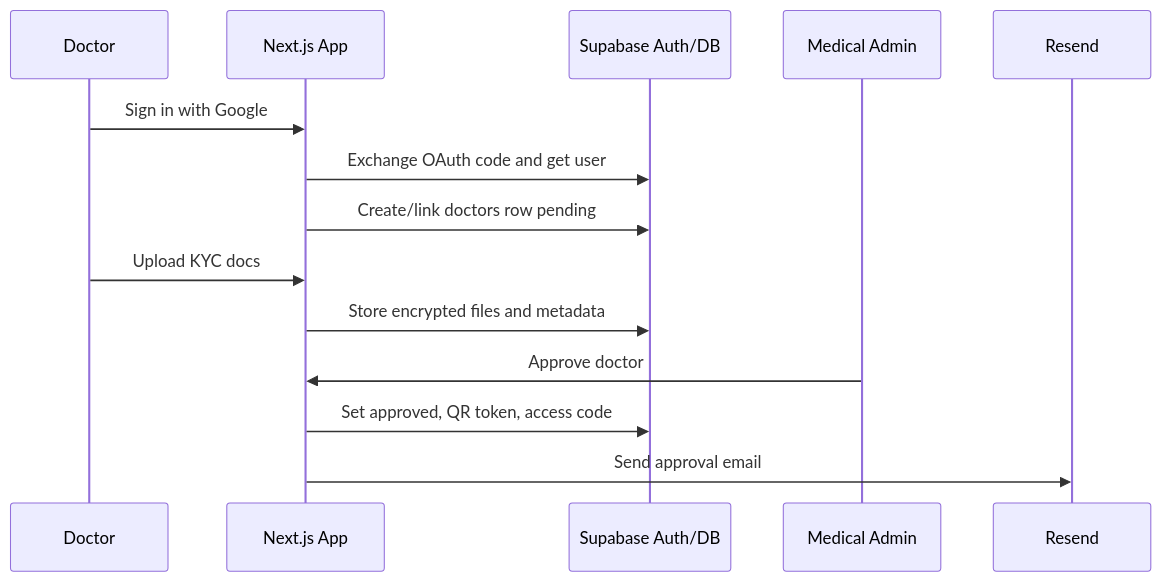
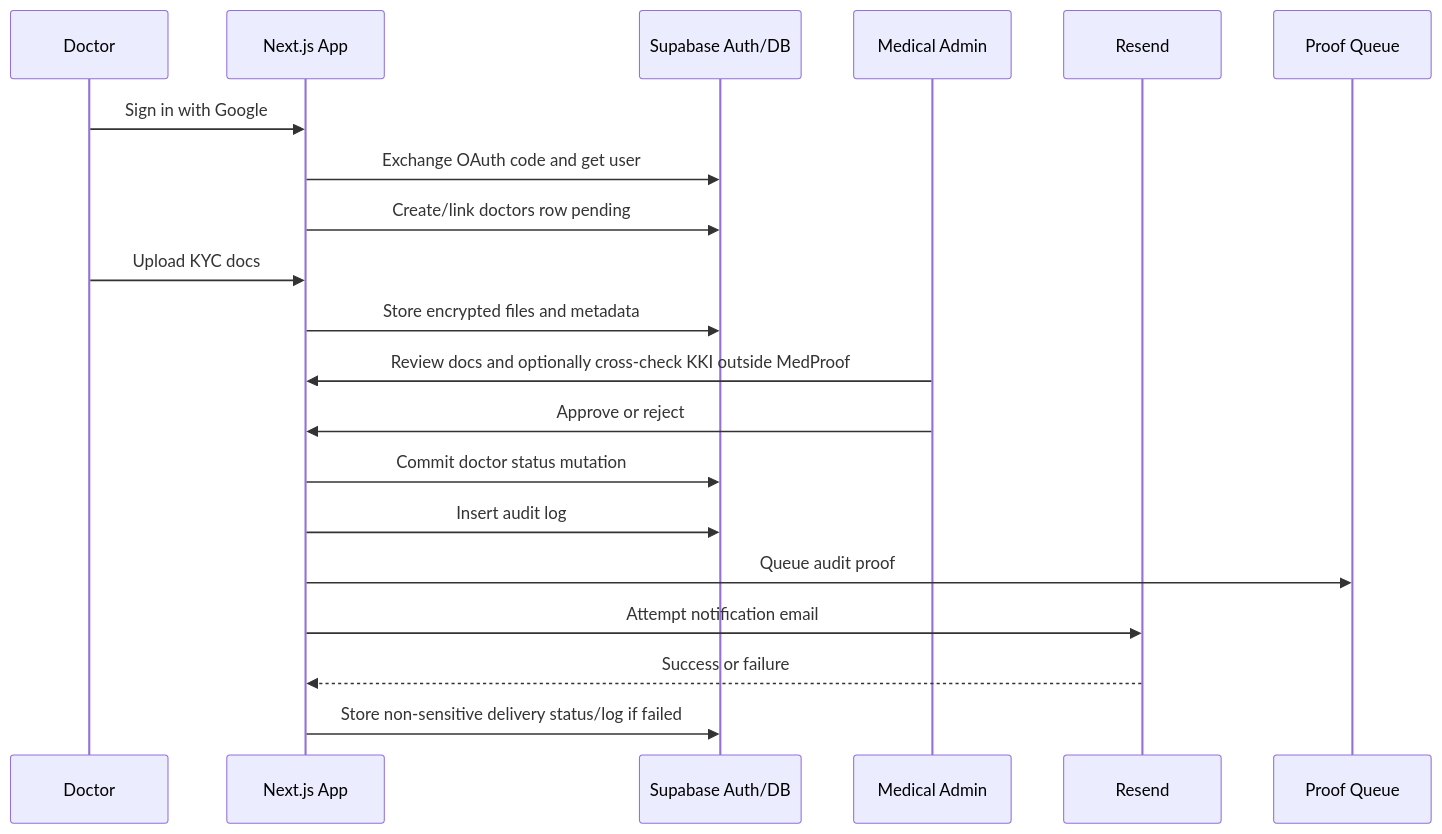
Before and after one commit to ranggabiner/technofest: the second of 2 diagrams in plans/sprint-01/01-foundation-auth-admin.md, drawn with Mermaid. The commit also changed other lines of this file and 9 other files, not shown here.

````diff
--- a/plans/sprint-01/01-foundation-auth-admin.md
+++ b/plans/sprint-01/01-foundation-auth-admin.md
@@ -123,16 +236,22 @@
 ```mermaid
 sequenceDiagram
   participant D as Doctor
   participant App as Next.js App
-  participant SB as Supabase Auth/DB
+  participant DB as Supabase Auth/DB
   participant Admin as Medical Admin
   participant Mail as Resend
+  participant Chain as Proof Queue
   D->>App: Sign in with Google
-  App->>SB: Exchange OAuth code and get user
-  App->>SB: Create/link doctors row pending
+  App->>DB: Exchange OAuth code and get user
+  App->>DB: Create/link doctors row pending
   D->>App: Upload KYC docs
-  App->>SB: Store encrypted files and metadata
-  Admin->>App: Approve doctor
-  App->>SB: Set approved, QR token, access code
-  App->>Mail: Send approval email
+  App->>DB: Store encrypted files and metadata
+  Admin->>App: Review docs and optionally cross-check KKI outside MedProof
+  Admin->>App: Approve or reject
+  App->>DB: Commit doctor status mutation
+  App->>DB: Insert audit log
+  App->>Chain: Queue audit proof
+  App->>Mail: Attempt notification email
+  Mail-->>App: Success or failure
+  App->>DB: Store non-sensitive delivery status/log if failed
 ```
````
